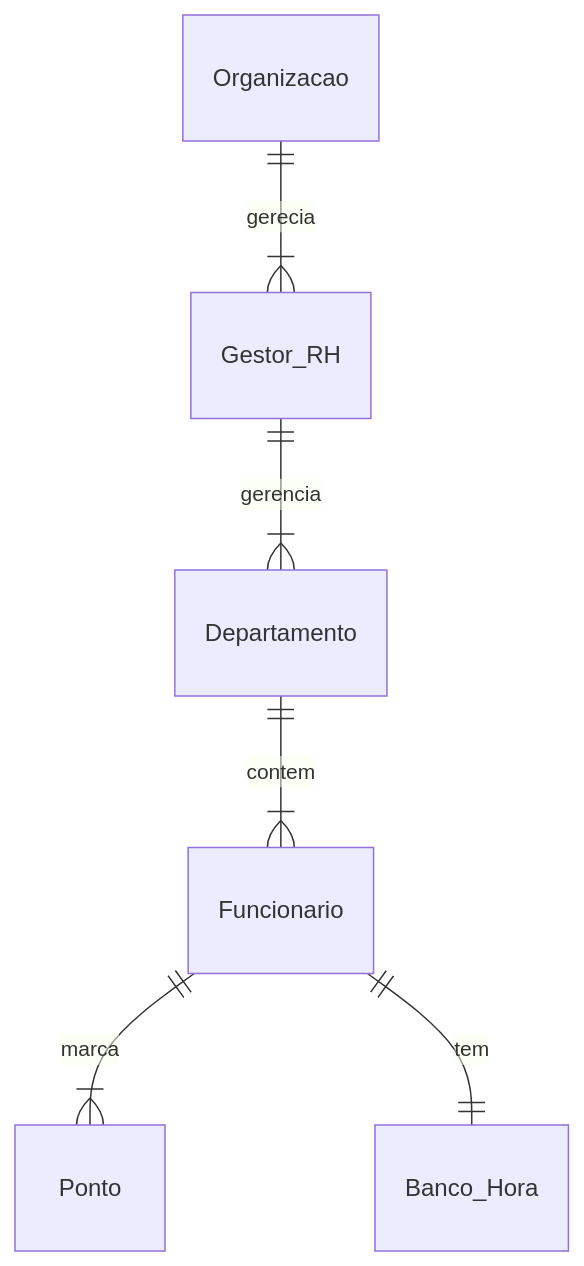
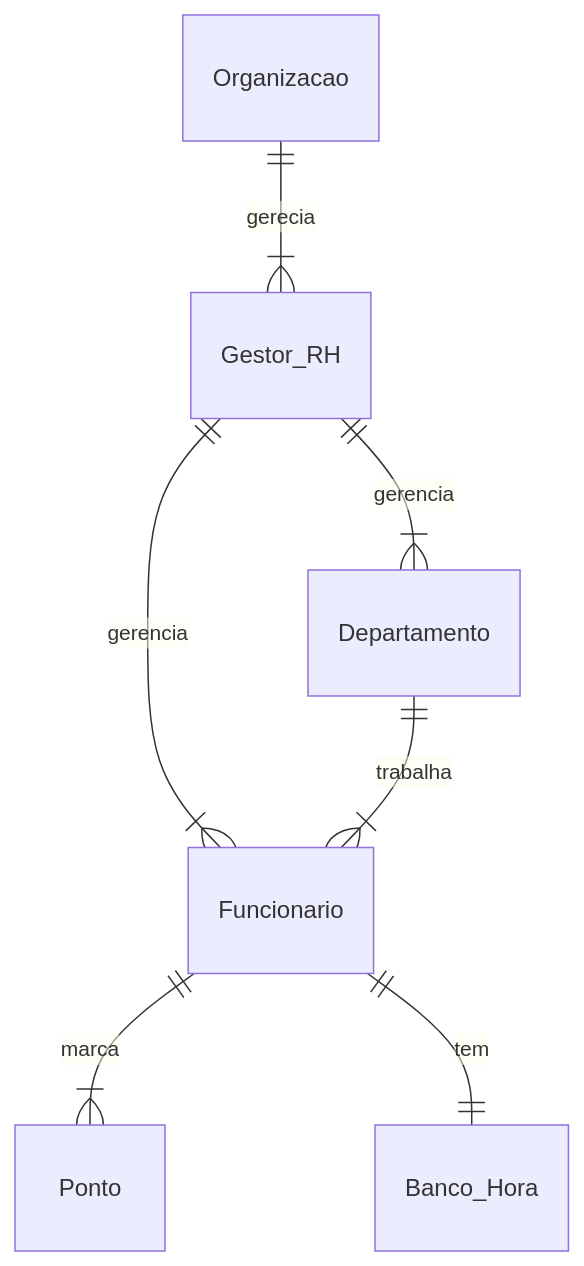
The second of 2 diagrams in docs/documento_modelos.md (Brunowcst/sistemadecontroledepontos), drawn with Mermaid before and after one commit.

Commit message:
FIX AGAIN 3: ER Diagram

````diff
--- a/docs/documento_modelos.md
+++ b/docs/documento_modelos.md
@@ -49,8 +49,9 @@
 ```mermaid
 erDiagram
     Organizacao ||--|{ Gestor_RH : gerecia
     Gestor_RH ||--|{ Departamento : gerencia
-    Departamento ||--|{ Funcionario : contem
+    Gestor_RH||--|{ Funcionario : gerencia
+    Departamento ||--|{ Funcionario : trabalha
     Funcionario ||--|{ Ponto: marca
     Funcionario||--|| Banco_Hora : tem
 ```
````
